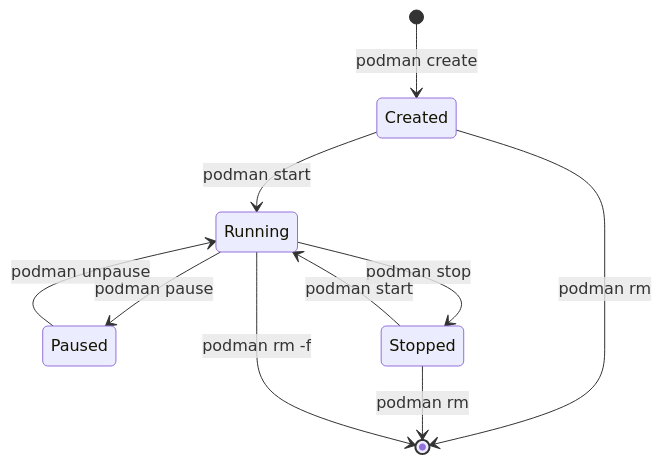
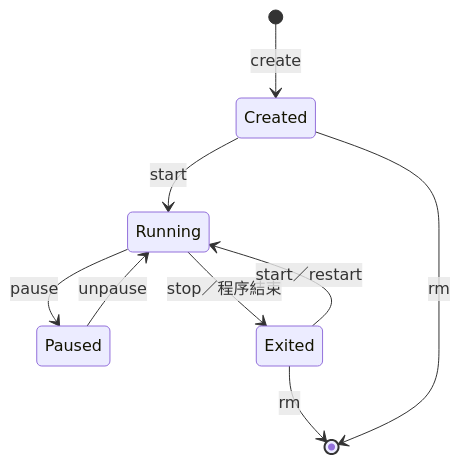
Before and after one commit to chihhung/Blog: the sixth of 13 diagrams in content/posts/教學/工具/Podman Desktop使用教學.md, drawn with Mermaid. The commit also changed other lines of this file and 10 other files, not shown here.

````diff
--- a/content/posts/教學/工具/Podman Desktop使用教學.md
+++ b/content/posts/教學/工具/Podman Desktop使用教學.md
@@ -883,12 +938,11 @@
 ```mermaid
 stateDiagram-v2
-    [*] --> Created: podman create
-    Created --> Running: podman start
-    Running --> Paused: podman pause
-    Paused --> Running: podman unpause
-    Running --> Stopped: podman stop
-    Stopped --> Running: podman start
-    Created --> [*]: podman rm
-    Stopped --> [*]: podman rm
-    Running --> [*]: podman rm -f
+    [*] --> Created: create
+    Created --> Running: start
+    Running --> Paused: pause
+    Paused --> Running: unpause
+    Running --> Exited: stop／程序結束
+    Exited --> Running: start／restart
+    Exited --> [*]: rm
+    Created --> [*]: rm
 ```
````
